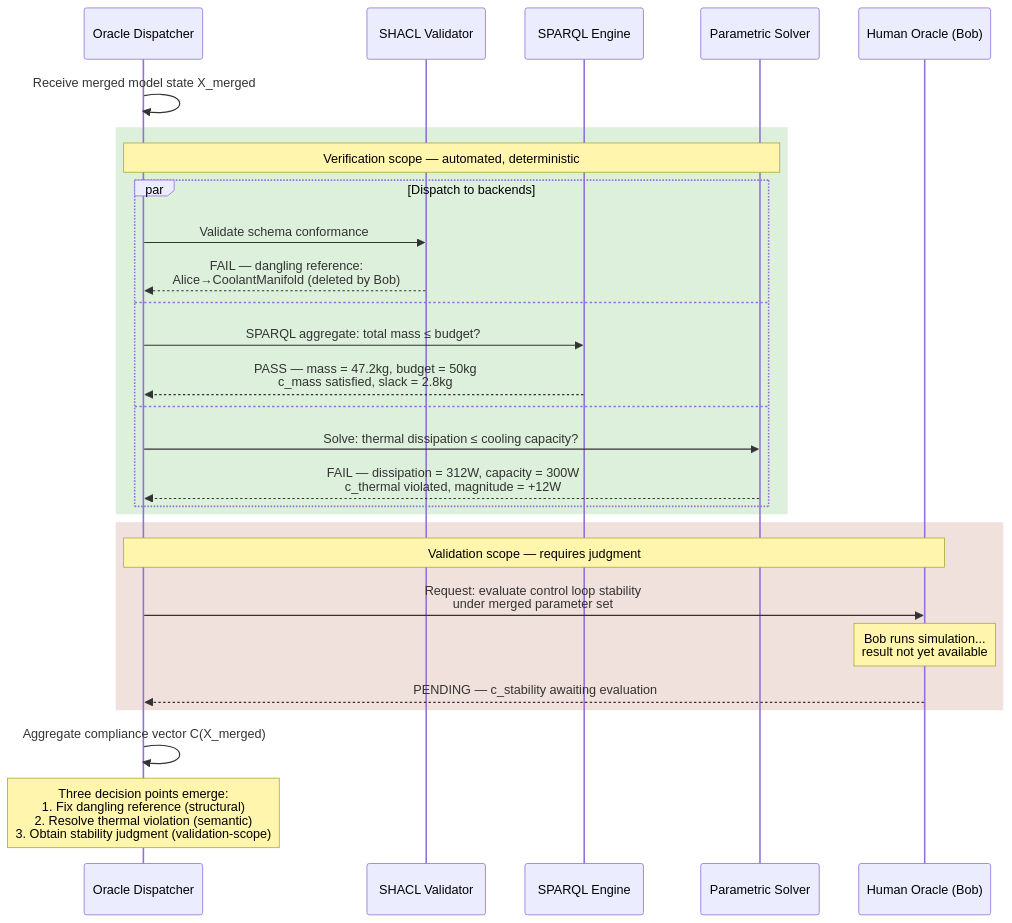
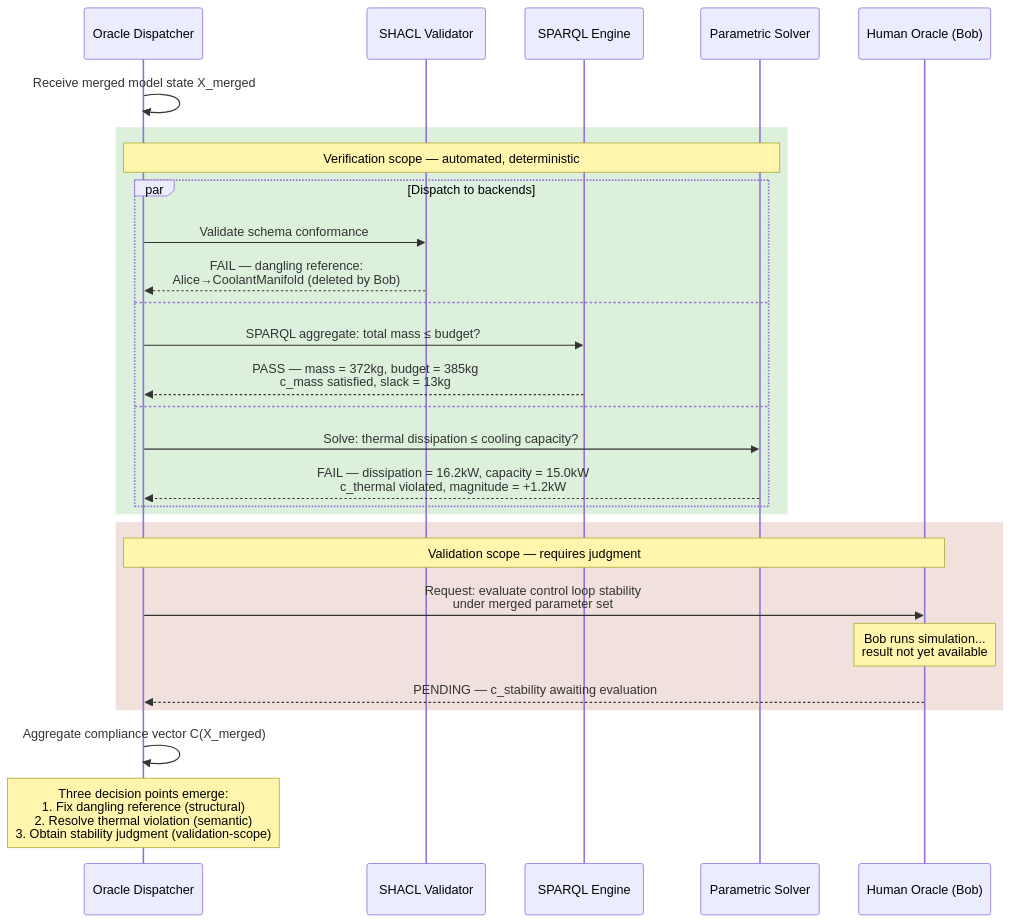
One commit to mzargham/flexo-conflict-resolution-policy-research changed the third of 6 diagrams in A Policy-based Approach to Model Lifecycle Management with Flexo.md. Above: the diagram before and after it, drawn with Mermaid. The commit also changed other lines of this file, not shown here.

````diff
--- a/A Policy-based Approach to Model Lifecycle Management with Flexo.md
+++ b/A Policy-based Approach to Model Lifecycle Management with Flexo.md
@@ -150,35 +150,35 @@
 ```mermaid
 sequenceDiagram
     participant D as Oracle Dispatcher
     participant S as SHACL Validator
     participant Q as SPARQL Engine
     participant P as Parametric Solver
     participant H as Human Oracle (Bob)
 
     D->>D: Receive merged model state X_merged
 
     rect rgb(220, 240, 220)
         Note over D, P: Verification scope — automated, deterministic
         par Dispatch to backends
             D->>S: Validate schema conformance
             S-->>D: FAIL — dangling reference:<br/>Alice→CoolantManifold (deleted by Bob)
         and
             D->>Q: SPARQL aggregate: total mass ≤ budget?
-            Q-->>D: PASS — mass = 47.2kg, budget = 50kg<br/>c_mass satisfied, slack = 2.8kg
+            Q-->>D: PASS — mass = 372kg, budget = 385kg<br/>c_mass satisfied, slack = 13kg
         and
             D->>P: Solve: thermal dissipation ≤ cooling capacity?
-            P-->>D: FAIL — dissipation = 312W, capacity = 300W<br/>c_thermal violated, magnitude = +12W
+            P-->>D: FAIL — dissipation = 16.2kW, capacity = 15.0kW<br/>c_thermal violated, magnitude = +1.2kW
         end
     end
 
     rect rgb(240, 225, 220)
         Note over D, H: Validation scope — requires judgment
         D->>H: Request: evaluate control loop stability<br/>under merged parameter set
         Note over H: Bob runs simulation...<br/>result not yet available
         H-->>D: PENDING — c_stability awaiting evaluation
     end
 
     D->>D: Aggregate compliance vector C(X_merged)
 
     Note over D: Three decision points emerge:<br/>1. Fix dangling reference (structural)<br/>2. Resolve thermal violation (semantic)<br/>3. Obtain stability judgment (validation-scope)
 ```
````
